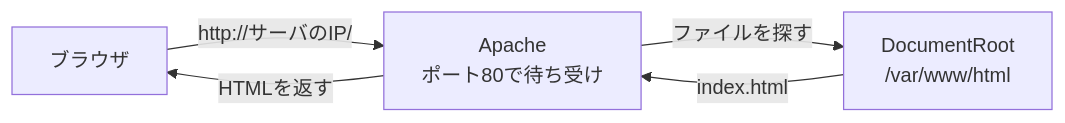
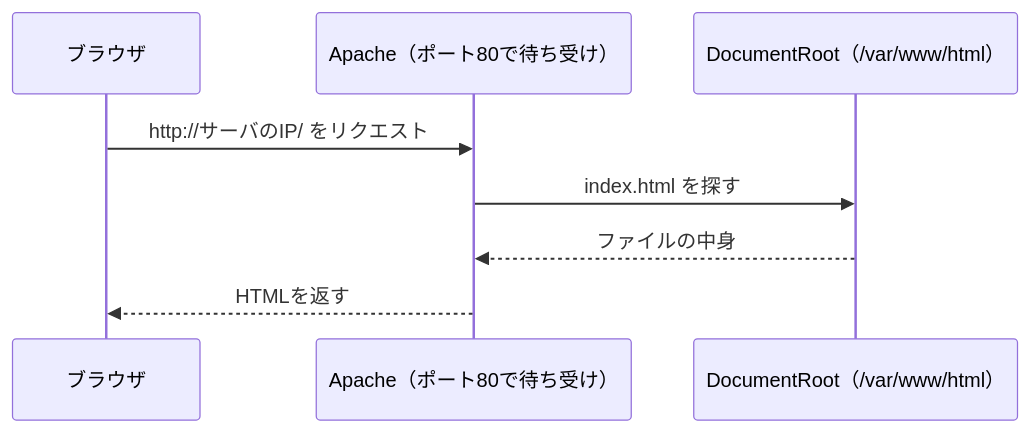
Before and after one commit to yusukem99/thesis: diagram 18 of 21 in courses/開発環境.md, drawn with Mermaid. The commit also changed other lines of this file, not shown here.

First line of the commit message:
開発環境の教材の図を用途に応じた種類に変更しcompose解説を整理

````diff
--- a/courses/開発環境.md
+++ b/courses/開発環境.md
@@ -543,7 +575,10 @@
 ```mermaid
-flowchart LR
-    B["ブラウザ"] -- "http://サーバのIP/" --> A["Apache<br/>ポート80で待ち受け"]
-    A -- "ファイルを探す" --> D["DocumentRoot<br/>/var/www/html"]
-    D -- "index.html" --> A
-    A -- "HTMLを返す" --> B
+sequenceDiagram
+    participant B as ブラウザ
+    participant A as Apache（ポート80で待ち受け）
+    participant D as DocumentRoot（/var/www/html）
+    B->>A: http://サーバのIP/ をリクエスト
+    A->>D: index.html を探す
+    D-->>A: ファイルの中身
+    A-->>B: HTMLを返す
 ```
````
